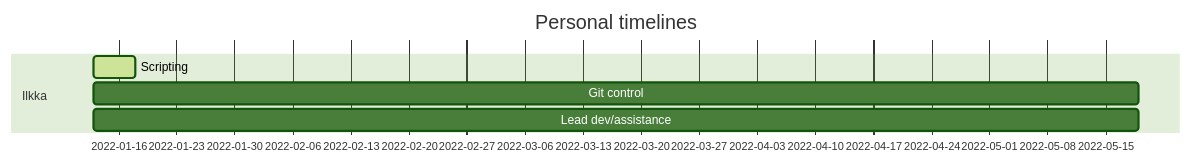
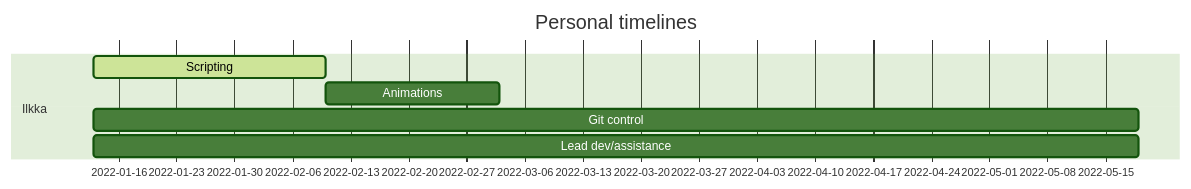
The second of 3 diagrams in docs/ProjectPlan.md (IlkkaTakala/Eril-Engine), drawn with Mermaid (forest theme) before and after one commit.

````diff
--- a/docs/ProjectPlan.md
+++ b/docs/ProjectPlan.md
@@ -70,10 +70,11 @@
 ```mermaid
 gantt
 dateFormat  DD-MM
 title Personal timelines
 
 section Ilkka
-Scripting               :active,    ides1, 13-01, 5d
+Scripting               :active,    ides1, 13-01, 10-02
+Animations              :           ides2, after ides1, 03-03
 Git control             :           ides3, 13-01, 18w
 Lead dev/assistance     :           ides4, 13-01, 18w
 ```
````
